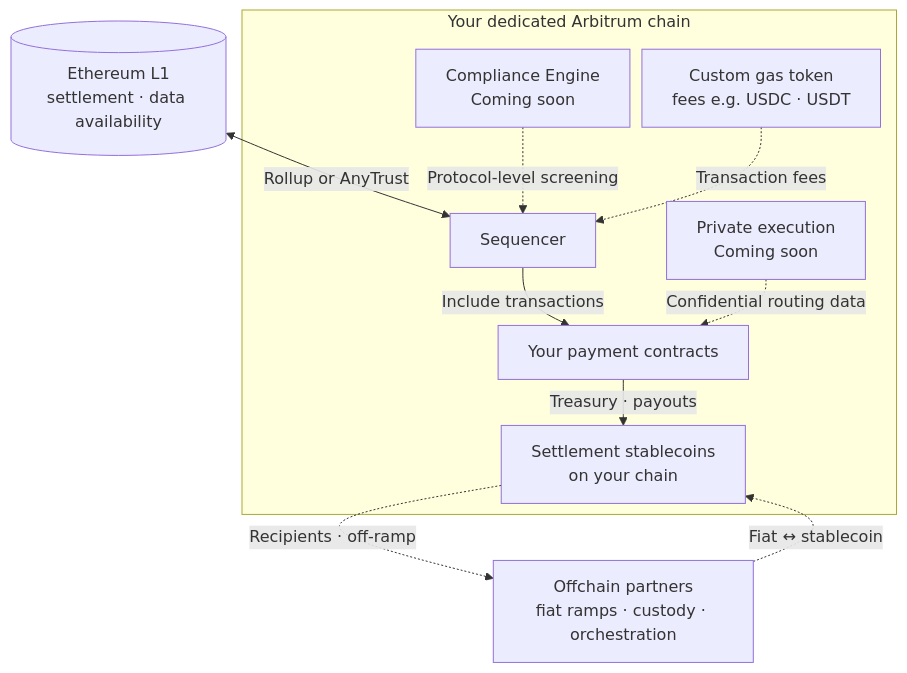
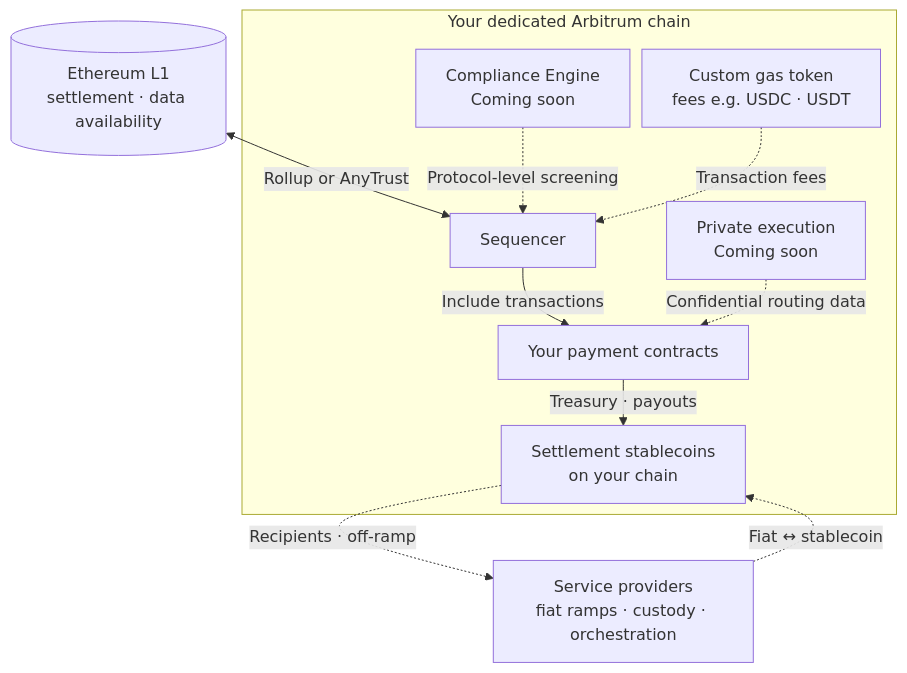
One commit to santiocl/arbitrum-docs changed the fourth of 4 diagrams in docs/solutions/cross-border-payments.mdx. Above: the diagram before and after it, drawn with Mermaid. The commit also changed other lines of this file, not shown here.

Commit message:
Update cross-border payments: non-USD stables, Offchain rebrand, service providers

````diff
--- a/docs/solutions/cross-border-payments.mdx
+++ b/docs/solutions/cross-border-payments.mdx
@@ -207,24 +207,24 @@
 ```mermaid
 %%{init: {'flowchart': {'nodeSpacing': 12, 'rankSpacing': 22}}}%%
 flowchart TB
     ETH[(Ethereum L1<br/>settlement · data availability)]
-    PARTNERS[Offchain partners<br/>fiat ramps · custody · orchestration]
+    PROVIDERS[Service providers<br/>fiat ramps · custody · orchestration]
 
     subgraph Dedicated["Your dedicated Arbitrum chain"]
         SEQ[Sequencer]
         CE[Compliance Engine<br/>Coming soon]
         CGT[Custom gas token<br/>fees e.g. USDC · USDT]
         STABLE[Settlement stablecoins<br/>on your chain]
         APP2[Your payment contracts]
         PRIV[Private execution<br/>Coming soon]
     end
 
     ETH <-->|Rollup or AnyTrust| SEQ
-    PARTNERS -.->|Fiat ↔ stablecoin| STABLE
+    PROVIDERS -.->|Fiat ↔ stablecoin| STABLE
     CE -.->|Protocol-level screening| SEQ
     SEQ -->|Include transactions| APP2
     APP2 -->|Treasury · payouts| STABLE
     CGT -.->|Transaction fees| SEQ
     PRIV -.->|Confidential routing data| APP2
-    STABLE -.->|Recipients · off-ramp| PARTNERS
+    STABLE -.->|Recipients · off-ramp| PROVIDERS
 ```
````
